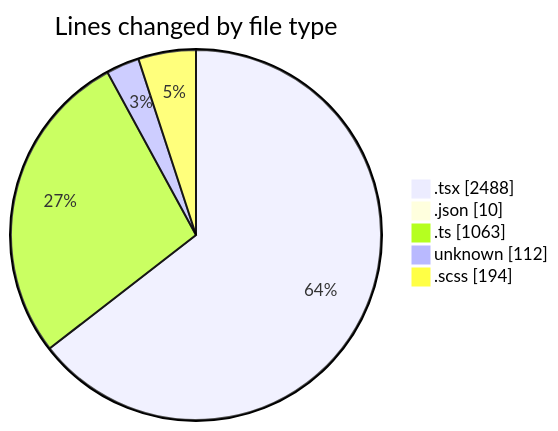
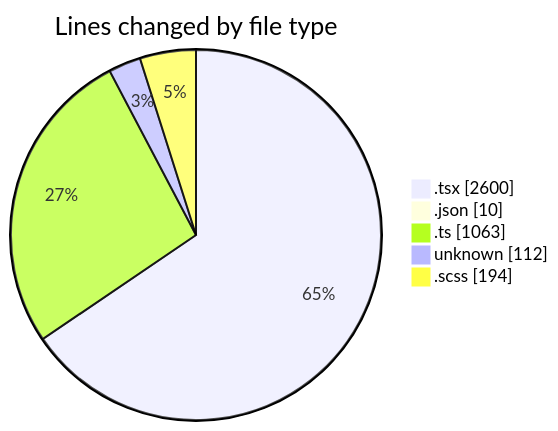
One commit to momahboobian/code-tracking changed the first of 2 diagrams in 2026-04-30/cda/README.md. Above: the diagram before and after it, drawn with Mermaid. The commit also changed other lines of this file and 1 other file, not shown here.

````diff
--- a/2026-04-30/cda/README.md
+++ b/2026-04-30/cda/README.md
@@ -52,9 +53,9 @@
 ```mermaid
 pie showData
 title Lines changed by file type
-".tsx" : 2488
+".tsx" : 2600
 ".json" : 10
 ".ts" : 1063
 "unknown" : 112
 ".scss" : 194
 ```
````
